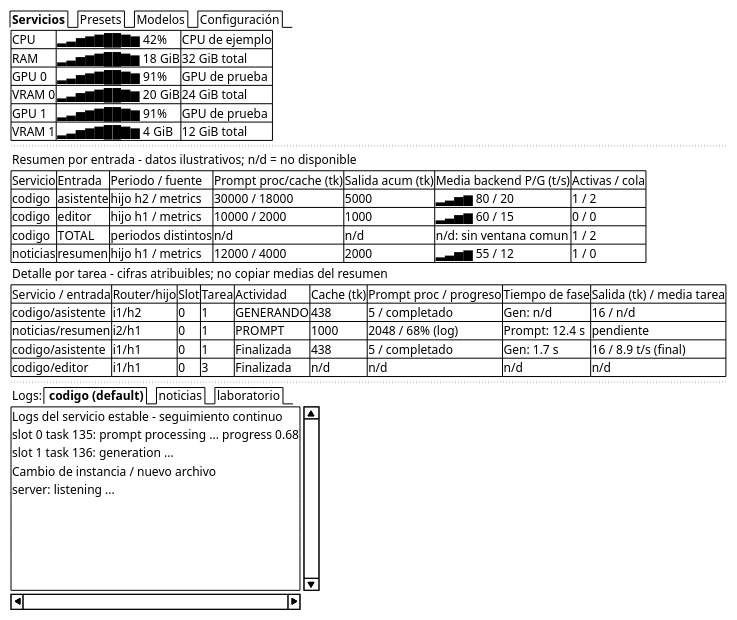
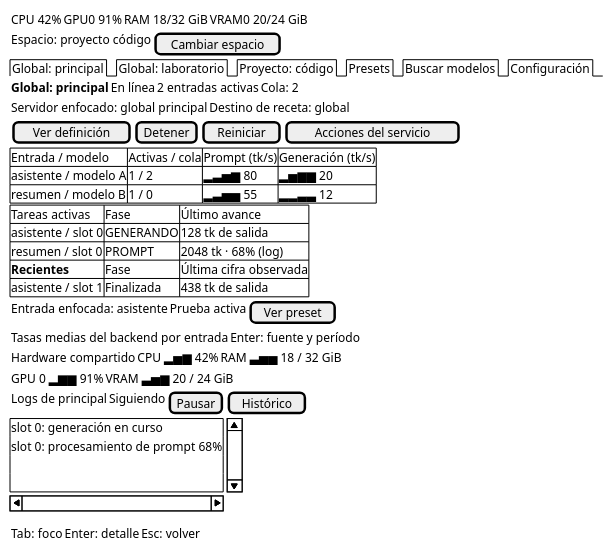
One commit to mstranich/coquena changed the diagram in docs/tui-servicio.salt.puml. Above: the diagram before and after it, drawn with PlantUML. The commit also changed 15 other files, not shown here.

```diff
--- a/docs/tui-servicio.salt.puml
+++ b/docs/tui-servicio.salt.puml
@@ -1,46 +1,34 @@
 @startsalt
 {
-  {/ <b>Servicios | Presets | Modelos | Configuración }
-  {
-    {#
-      CPU    | ▂▃▅▆▇██▇▆ 42%    | CPU de ejemplo
-      RAM    | ▂▃▅▆▇██▇▆ 18 GiB | 32 GiB total
-      GPU 0  | ▂▃▅▆▇██▇▆ 91%    | GPU de prueba
-      VRAM 0 | ▂▃▅▆▇██▇▆ 20 GiB | 24 GiB total
-      GPU 1  | ▂▃▅▆▇██▇▆ 91%    | GPU de prueba
-      VRAM 1 | ▂▃▅▆▇██▇▆ 4 GiB | 12 GiB total
-    }
-    ...
-    { Resumen por entrada - datos ilustrativos; n/d = no disponible }
-    {#
-      Servicio | Entrada    | Periodo / fuente | Prompt proc/cache (tk) | Salida acum (tk) | Media backend P/G (t/s) | Activas / cola
-      codigo   | asistente  | hijo h2 / metrics | 30000 / 18000        | 5000            | ▂▃▅▆ 80 / 20           | 1 / 2
-      codigo   | editor     | hijo h1 / metrics | 10000 / 2000         | 1000            | ▂▃▅▆ 60 / 15           | 0 / 0
-      codigo   | TOTAL      | periodos distintos | n/d                | n/d             | n/d: sin ventana comun | 1 / 2
-      noticias | resumen    | hijo h1 / metrics | 12000 / 4000         | 2000            | ▂▃▅▆ 55 / 12           | 1 / 0
-    }
-    { Detalle por tarea - cifras atribuibles; no copiar medias del resumen }
-    {#
-      Servicio / entrada | Router/hijo | Slot | Tarea | Actividad  | Cache (tk) | Prompt proc / progreso | Tiempo de fase | Salida (tk) / media tarea
-      codigo/asistente   | i1/h2       | 0    | 1     | GENERANDO  | 438        | 5 / completado        | Gen: n/d       | 16 / n/d
-      noticias/resumen   | i2/h1       | 0    | 1     | PROMPT     | 1000       | 2048 / 68% (log)      | Prompt: 12.4 s | pendiente
-      codigo/asistente   | i1/h1       | 0    | 1     | Finalizada | 438        | 5 / completado        | Gen: 1.7 s     | 16 / 8.9 t/s (final)
-      codigo/editor      | i1/h1       | 0    | 3     | Finalizada | n/d        | n/d                   | n/d            | n/d
-    }
-    ...
-    {Logs: {/ <b> codigo (default) | noticias | laboratorio }}
-    {S
-      Logs del servicio estable - seguimiento continuo
-      slot 0 task 135: prompt processing ... progress 0.68
-      slot 1 task 136: generation ...
-      Cambio de instancia / nuevo archivo
-      server: listening ...
-      .
-      .
-      .
-      .
-      .
-    }
+  { CPU 42% | GPU0 91% | RAM 18/32 GiB | VRAM0 20/24 GiB }
+  { Espacio: proyecto código | [Cambiar espacio] }
+  {/ Global: principal | Global: laboratorio | Proyecto: código | Presets | Buscar modelos | Configuración }
+  { <b>Global: principal | En línea | 2 entradas activas | Cola: 2 }
+  { Servidor enfocado: global principal | Destino de receta: global }
+  { [Ver definición] | [Detener] | [Reiniciar] | [Acciones del servicio] }
+  {#
+    Entrada / modelo | Activas / cola | Prompt (tk/s) | Generación (tk/s)
+    asistente / modelo A | 1 / 2 | ▂▃▅▆ 80 | ▂▅▆▆ 20
+    resumen / modelo B | 1 / 0 | ▂▃▅▅ 55 | ▂▂▃▃ 12
   }
+  {#
+    Tareas activas | Fase | Último avance
+    asistente / slot 0 | GENERANDO | 128 tk de salida
+    resumen / slot 0 | PROMPT | 2048 tk · 68% (log)
+    <b>Recientes | Fase | Última cifra observada
+    asistente / slot 1 | Finalizada | 438 tk de salida
+  }
+  { Entrada enfocada: asistente | Prueba activa | [Ver preset] }
+  { Tasas medias del backend por entrada | Enter: fuente y período }
+  { Hardware compartido | CPU ▂▅▆ 42% | RAM ▃▅▅ 18 / 32 GiB }
+  { GPU 0 ▂▆▆ 91% | VRAM ▃▅▆ 20 / 24 GiB }
+  { Logs de principal | Siguiendo | [Pausar] | [Histórico] }
+  {S
+    slot 0: generación en curso
+    slot 0: procesamiento de prompt 68%
+    .
+    .
+  }
+  { Tab: foco | Enter: detalle | Esc: volver }
 }
 @endsalt
```
